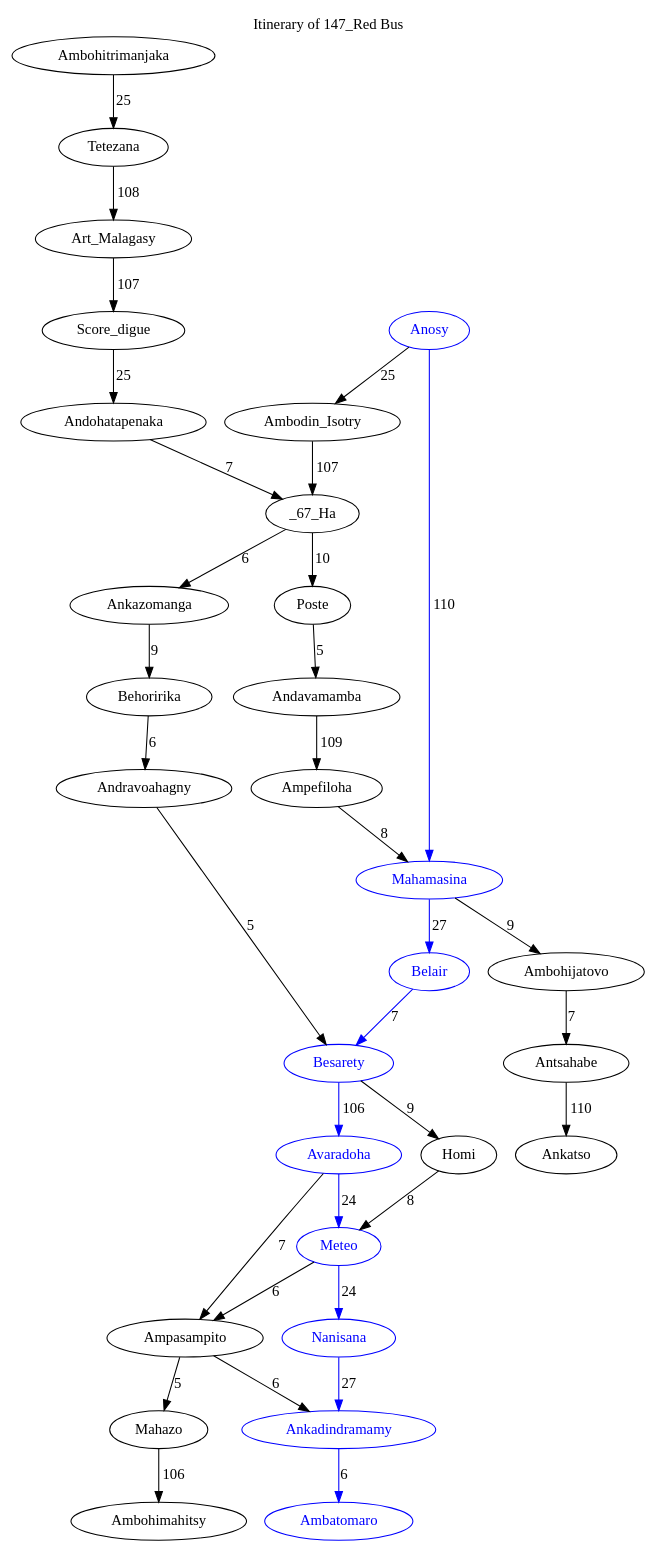
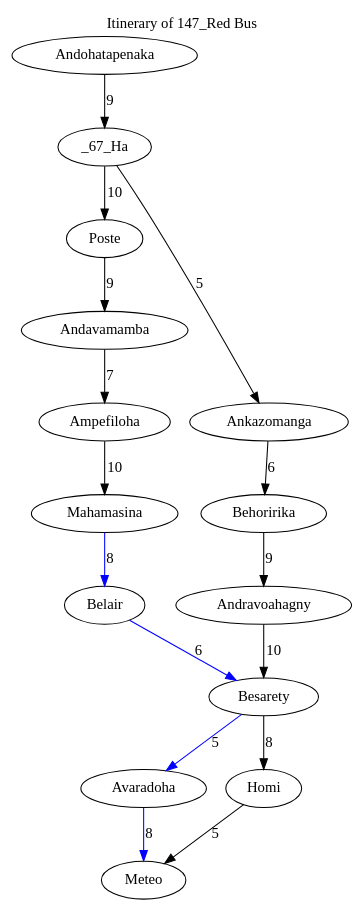
Before and after one commit to Online13/bus-path-finding: the diagram in out/bus_147_Red.gv, drawn with Graphviz. The commit also changed 10 other files, not shown here.

```diff
--- a/out/bus_147_Red.gv
+++ b/out/bus_147_Red.gv
@@ -1,75 +1,17 @@
 digraph G {
-	labelloc="t"	label="Itinerary of 147_Red Bus"	Ambodin_Isotry -> _67_Ha [weight=107, label="107"];
-	Art_Malagasy -> Score_digue [weight=107, label="107"];
-	Antsahabe -> Ankatso [weight=110, label="110"];
-	Andavamamba -> Ampefiloha [weight=109, label="109"];
-	Ampefiloha -> Mahamasina [weight=8, label="8"];
+	labelloc="t"	label="Itinerary of 147_Red Bus"	Andavamamba -> Ampefiloha [weight=7, label="7"];
+	Ampefiloha -> Mahamasina [weight=10, label="10"];
 	_67_Ha -> Poste [weight=10, label="10"];
-	Meteo -> Ampasampito [weight=6, label="6"];
-	Andohatapenaka -> _67_Ha [weight=7, label="7"];
-	Meteo -> Nanisana [color="blue", weight=24, label="24"];
-	Mahamasina -> Belair [color="blue", weight=27, label="27"];
-	Ankazomanga -> Behoririka [weight=9, label="9"];
-	Andravoahagny -> Besarety [weight=5, label="5"];
-	Besarety -> Avaradoha [color="blue", weight=106, label="106"];
-	Ambohitrimanjaka -> Tetezana [weight=25, label="25"];
-	Homi -> Meteo [weight=8, label="8"];
-	Ampasampito -> Mahazo [weight=5, label="5"];
-	Besarety -> Homi [weight=9, label="9"];
-	Tetezana -> Art_Malagasy [weight=108, label="108"];
-	Ampasampito -> Ankadindramamy [weight=6, label="6"];
-	Poste -> Andavamamba [weight=5, label="5"];
-	_67_Ha -> Ankazomanga [weight=6, label="6"];
-	Behoririka -> Andravoahagny [weight=6, label="6"];
-	Score_digue -> Andohatapenaka [weight=25, label="25"];
-	Mahamasina -> Ambohijatovo [weight=9, label="9"];
-	Anosy -> Mahamasina [color="blue", weight=110, label="110"];
-	Ankadindramamy -> Ambatomaro [color="blue", weight=6, label="6"];
-	Mahazo -> Ambohimahitsy [weight=106, label="106"];
-	Anosy -> Ambodin_Isotry [weight=25, label="25"];
-	Belair -> Besarety [color="blue", weight=7, label="7"];
-	Avaradoha -> Meteo [color="blue", weight=24, label="24"];
-	Ambohijatovo -> Antsahabe [weight=7, label="7"];
-	Avaradoha -> Ampasampito [weight=7, label="7"];
-	Nanisana -> Ankadindramamy [color="blue", weight=27, label="27"];
-	Andohatapenaka;
-	Ambohitrimanjaka;
-	_67_Ha;
-	Art_Malagasy;
-	Tetezana;
-	Score_digue;
-	Poste;
-	Ampefiloha;
-	_67_Ha;
-	Mahamasina [color="blue", fontcolor="blue"];
-	Andavamamba;
-	Ankatso;
-	Ambohijatovo;
-	Antsahabe;
-	Besarety [color="blue", fontcolor="blue"];
-	Meteo [color="blue", fontcolor="blue"];
-	Nanisana [color="blue", fontcolor="blue"];
-	Mahamasina [color="blue", fontcolor="blue"];
-	Ambatomaro [color="blue", fontcolor="blue"];
-	Avaradoha [color="blue", fontcolor="blue"];
-	Anosy [color="blue", fontcolor="blue"];
-	Belair [color="blue", fontcolor="blue"];
-	Ankadindramamy [color="blue", fontcolor="blue"];
-	Besarety [color="blue", fontcolor="blue"];
-	Meteo [color="blue", fontcolor="blue"];
-	Andravoahagny;
-	Behoririka;
-	_67_Ha;
-	Ambodin_Isotry;
-	Ambatomaro [color="blue", fontcolor="blue"];
-	Anosy [color="blue", fontcolor="blue"];
-	Ankazomanga;
-	Homi;
-	Ampasampito;
-	Ankadindramamy [color="blue", fontcolor="blue"];
-	Besarety [color="blue", fontcolor="blue"];
-	Avaradoha [color="blue", fontcolor="blue"];
-	Ambohimahitsy;
-	Mahazo;
-	Ampasampito;
+	Andohatapenaka -> _67_Ha [weight=9, label="9"];
+	Mahamasina -> Belair [color="blue", weight=8, label="8"];
+	Ankazomanga -> Behoririka [weight=6, label="6"];
+	Andravoahagny -> Besarety [weight=10, label="10"];
+	Besarety -> Avaradoha [color="blue", weight=5, label="5"];
+	Homi -> Meteo [weight=5, label="5"];
+	Besarety -> Homi [weight=8, label="8"];
+	Poste -> Andavamamba [weight=9, label="9"];
+	_67_Ha -> Ankazomanga [weight=5, label="5"];
+	Behoririka -> Andravoahagny [weight=9, label="9"];
+	Belair -> Besarety [color="blue", weight=6, label="6"];
+	Avaradoha -> Meteo [color="blue", weight=8, label="8"];
 }
```
